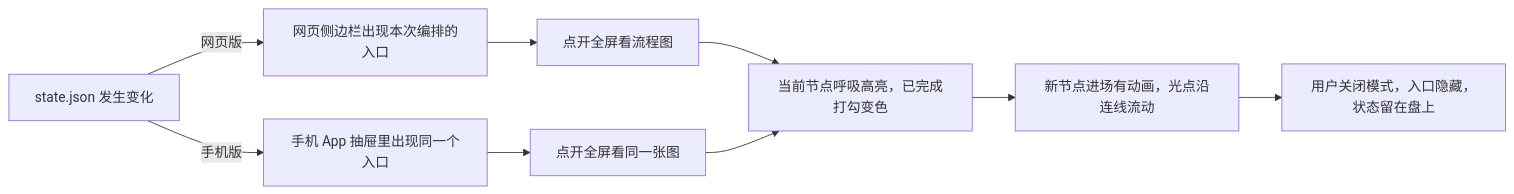
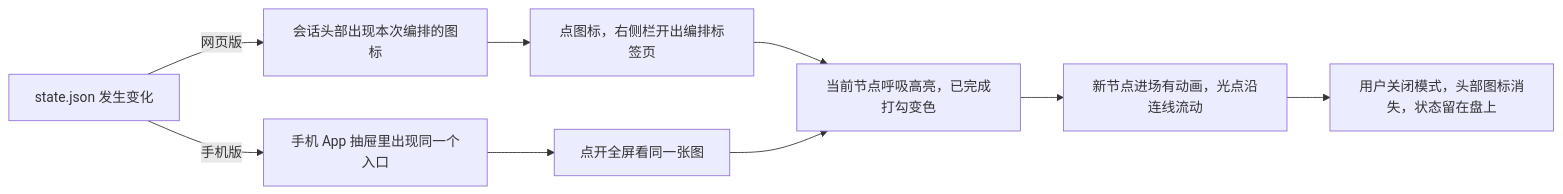
One commit to LMQ00/dsh-method changed the diagram in .spec/flows/ui-panels.md. Above: the diagram before and after it, drawn with Mermaid. The commit also changed other lines of this file and 5 other files, not shown here.

````diff
--- a/.spec/flows/ui-panels.md
+++ b/.spec/flows/ui-panels.md
@@ -5,19 +5,19 @@
 ```mermaid
 flowchart LR
   u1["state.json 发生变化"]
-  u2["网页侧边栏出现本次编排的入口"]
-  u3["点开全屏看流程图"]
+  u2["会话头部出现本次编排的图标"]
+  u3["点图标，右侧栏开出编排标签页"]
   u4["手机 App 抽屉里出现同一个入口"]
   u5["点开全屏看同一张图"]
   u6["当前节点呼吸高亮，已完成打勾变色"]
   u7["新节点进场有动画，光点沿连线流动"]
-  u8["用户关闭模式，入口隐藏，状态留在盘上"]
+  u8["用户关闭模式，头部图标消失，状态留在盘上"]
   u1 -->|网页版| u2
   u1 -->|手机版| u4
   u2 --> u3
   u4 --> u5
   u3 --> u6
   u5 --> u6
   u6 --> u7
   u7 --> u8
 ```
````
